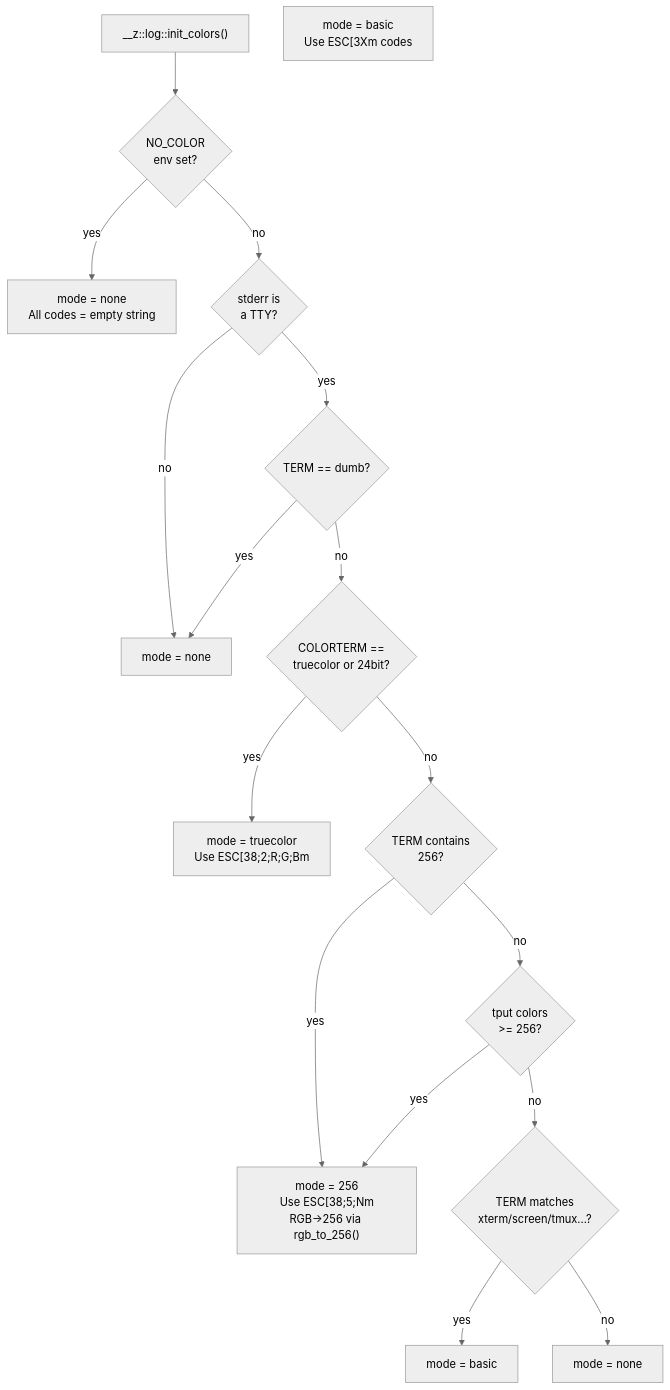
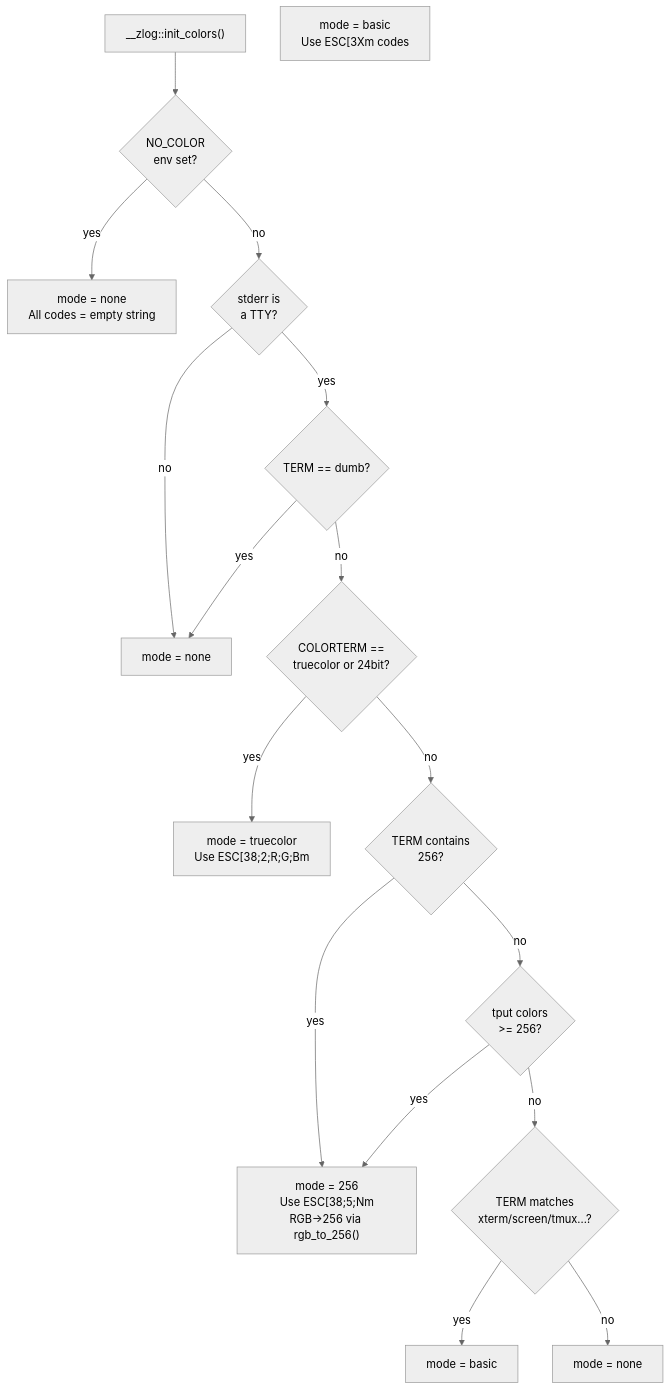
The eighth of 20 diagrams in docs/architecture.md (Khodaparastan/zsh-log), drawn with Mermaid (neutral theme) before and after one commit. The commit also changed other lines of this file and 14 other files, not shown here.

First line of the commit message:
update function prefixes from z::log:: to zlog:: in documentation and examples

````diff
--- a/docs/architecture.md
+++ b/docs/architecture.md
@@ -445,41 +445,41 @@
 ```mermaid
 flowchart TD
-    Init["__z::log::init_colors()"]
+    Init["__zlog::init_colors()"]
 
     NoColor{"NO_COLOR\nenv set?"}
     NoColorOut["mode = none\nAll codes = empty string"]
 
     TTYCheck{"stderr is\na TTY?"}
     NoneOut["mode = none"]
 
     TermCheck{"TERM == dumb?"}
 
     TrueColor{"COLORTERM ==\ntruecolor or 24bit?"}
     TC["mode = truecolor\nUse ESC[38;2;R;G;Bm"]
 
     Term256{"TERM contains\n256?"}
     C256["mode = 256\nUse ESC[38;5;Nm\nRGB→256 via rgb_to_256()"]
 
     TputCheck{"tput colors\n>= 256?"}
     Basic["mode = basic\nUse ESC[3Xm codes"]
 
     TermFallback{"TERM matches\nxterm/screen/tmux...?"}
     BasicFB["mode = basic"]
     NoneFF["mode = none"]
 
     Init --> NoColor
     NoColor -->|yes| NoColorOut
     NoColor -->|no| TTYCheck
     TTYCheck -->|no| NoneOut
     TTYCheck -->|yes| TermCheck
     TermCheck -->|yes| NoneOut
     TermCheck -->|no| TrueColor
     TrueColor -->|yes| TC
     TrueColor -->|no| Term256
     Term256 -->|yes| C256
     Term256 -->|no| TputCheck
     TputCheck -->|yes| C256
     TputCheck -->|no| TermFallback
     TermFallback -->|yes| BasicFB
     TermFallback -->|no| NoneFF
 ```
````
